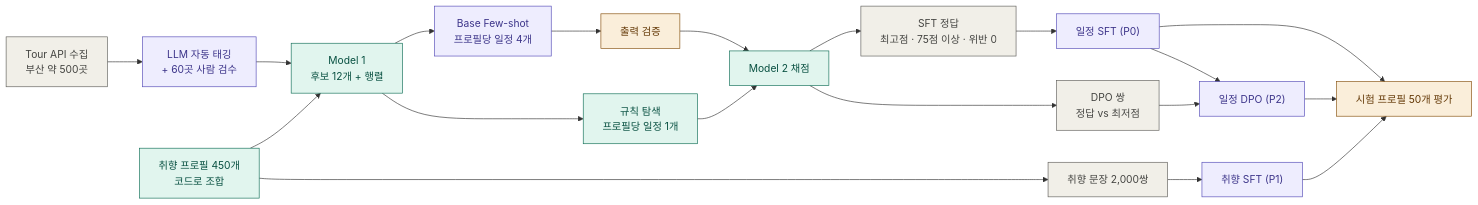
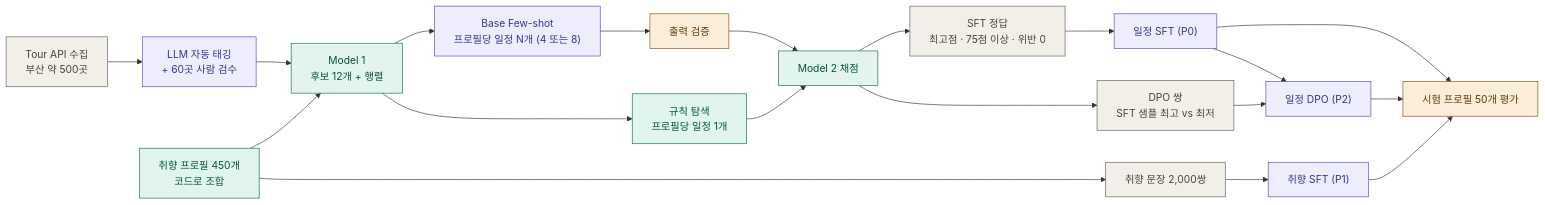
Before and after one commit to azeroo0/travel-planner: the second of 2 diagrams in docs/init-plan.md, drawn with Mermaid. The commit also changed other lines of this file and 1 other file, not shown here.

````diff
--- a/docs/init-plan.md
+++ b/docs/init-plan.md
@@ -104,32 +104,32 @@
 ```mermaid
 flowchart LR
     TA["Tour API 수집<br/>부산 약 500곳"]:::data
     TG["LLM 자동 태깅<br/>+ 60곳 사람 검수"]:::llm
     P["취향 프로필 450개<br/>코드로 조합"]:::code
     C["Model 1<br/>후보 12개 + 행렬"]:::code
-    G["Base Few-shot<br/>프로필당 일정 4개"]:::llm
+    G["Base Few-shot<br/>프로필당 일정 N개 (4 또는 8)"]:::llm
     R["규칙 탐색<br/>프로필당 일정 1개"]:::code
     V["출력 검증"]:::check
     S["Model 2 채점"]:::code
     SEL["SFT 정답<br/>최고점 · 75점 이상 · 위반 0"]:::data
-    DP["DPO 쌍<br/>정답 vs 최저점"]:::data
+    DP["DPO 쌍<br/>SFT 샘플 최고 vs 최저"]:::data
     PS["취향 문장 2,000쌍"]:::data
     T1["일정 SFT (P0)"]:::llm
     T2["취향 SFT (P1)"]:::llm
     T3["일정 DPO (P2)"]:::llm
     EV["시험 프로필 50개 평가"]:::check
 
     TA --> TG --> C
     P --> C
     C --> G --> V --> S
     C --> R --> S
     S --> SEL --> T1 --> EV
     S --> DP --> T3
     T1 --> T3 --> EV
     P --> PS --> T2 --> EV
 
     classDef llm fill:#EEEDFE,stroke:#534AB7,color:#3C3489
     classDef code fill:#E1F5EE,stroke:#0F6E56,color:#085041
     classDef check fill:#FAEEDA,stroke:#854F0B,color:#633806
     classDef data fill:#F1EFE8,stroke:#5F5E5A,color:#444441
 ```
````
